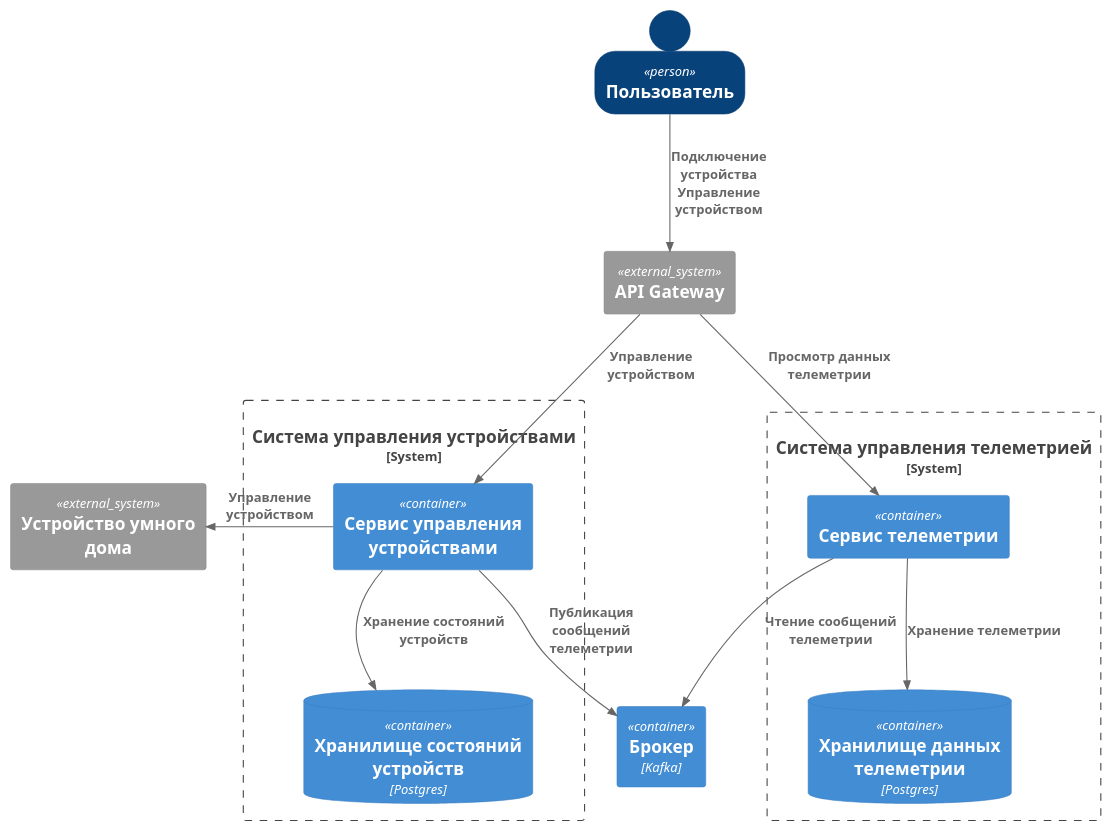
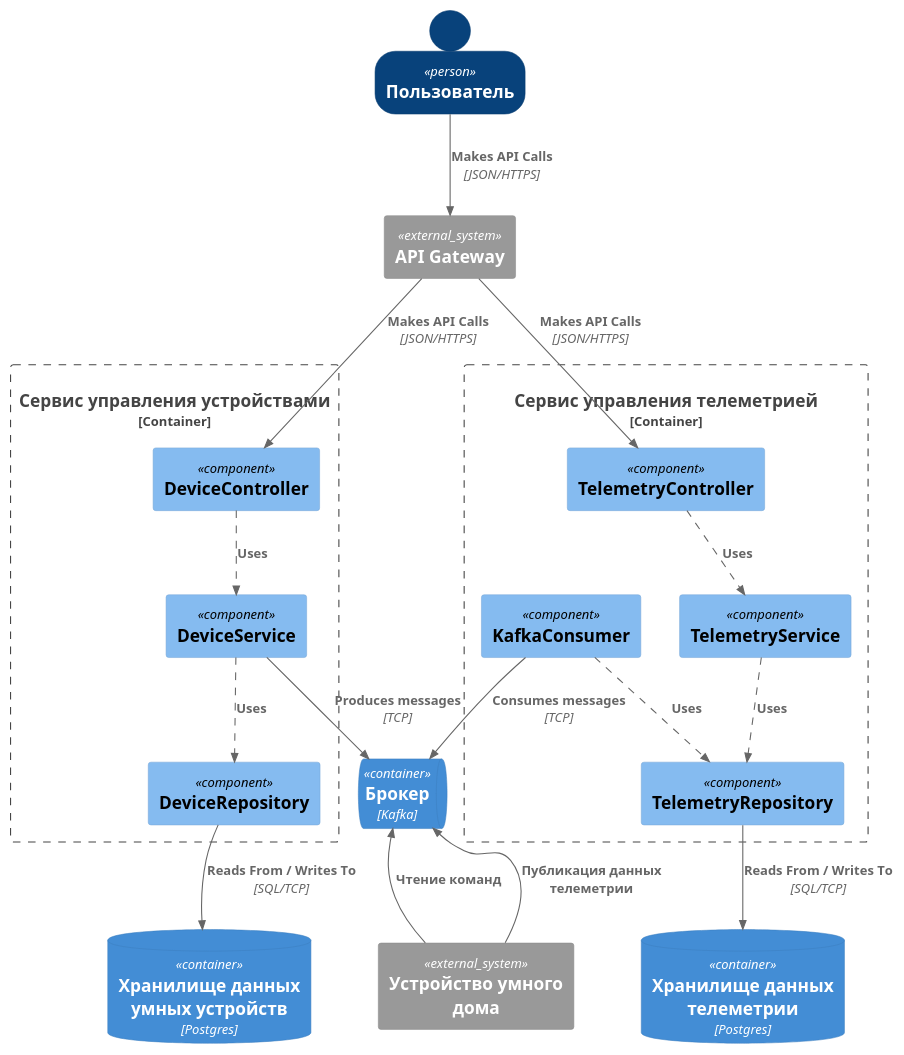
The diagram in docs/Task1.2_C3.puml (Prifiz/yandex-architecture-sprint-3), drawn with PlantUML before and after one commit. The commit also changed 61 other files, not shown here.

```diff
--- a/docs/Task1.2_C3.puml
+++ b/docs/Task1.2_C3.puml
@@ -1,38 +1,65 @@
 @startuml
 
-!include C4_Container.puml
+!include C4_Component.puml
 
 SHOW_PERSON_OUTLINE()
 LAYOUT_TOP_DOWN()
 
 Person(user, "Пользователь")
 
-System_Boundary(deviceMgmtSystem, "Система управления устройствами") {
-    Container(deviceMgr, "Сервис управления устройствами")
-    ContainerDb(deviceMgrDb, $techn="Postgres", "Хранилище состояний устройств")
-}
+AddRelTag("component", $lineStyle = DashedLine())
 
-System_Boundary(telemetryMgmtSystem, "Система управления телеметрией") {
-    Container(telemetryMgr, "Сервис телеметрии")
-    ContainerDb(telemetryDb, $techn="Postgres", "Хранилище данных телеметрии")
+ContainerQueue(broker, "Брокер", "Kafka")
+
+Container_Boundary(deviceMgmtSystem, "Сервис управления устройствами") {
+'    Container(deviceMgr, "Сервис управления устройствами")
+
+    Component(deviceController, "DeviceController")
+
+    Component(deviceService, "DeviceService")
+
+    Component(deviceRepository, "DeviceRepository")
+    Rel(deviceController, deviceService, "Uses", $tags="component")
+    Rel(deviceService, deviceRepository, "Uses", $tags="component")
 }
 
 System_Ext(device, "Устройство умного дома")
+Rel_U(device, broker, "Публикация данных телеметрии")
+Rel_U(device, broker, "Чтение команд")
+
+
+ContainerDb(deviceMgrDb, $techn="Postgres", "Хранилище данных умных устройств")
+ContainerDb(telemetryDb, $techn="Postgres", "Хранилище данных телеметрии")
+
+Container_Boundary(telemetryMgmtSystem, "Сервис управления телеметрией") {
+
+    Component(telemetryController, "TelemetryController")
+    Component(telemetryService, "TelemetryService")
+    Component(telemetryRepository, "TelemetryRepository")
+    Component(kafkaConsumer, "KafkaConsumer")
+    Rel(telemetryController, telemetryService, "Uses", $tags="component")
+    Rel(kafkaConsumer, telemetryRepository, "Uses", $tags="component")
+    Rel(telemetryService, telemetryRepository, "Uses", $tags="component")
+    Rel(kafkaConsumer, broker, "Consumes messages", "TCP")
+    Rel(telemetryRepository, telemetryDb, "Reads From / Writes To", "SQL/TCP")
+}
+
+
+
 System_Ext(gateway, "API Gateway")
 
-Rel(user, gateway, "Подключение устройства\nУправление устройством")
-Rel(gateway, deviceMgr, "Управление устройством")
-Rel(gateway, telemetryMgr, "Просмотр данных телеметрии")
-
-Container(broker, "Брокер", "Kafka")
+Rel(user, gateway, "Makes API Calls", "JSON/HTTPS")
+Rel(gateway, deviceController, "Makes API Calls", "JSON/HTTPS")
+Rel(gateway, telemetryController, "Makes API Calls", "JSON/HTTPS")
 
 
-Rel_L(deviceMgr, device, "Управление устройством")
-Rel(deviceMgr, broker, "Публикация сообщений телеметрии")
-Rel(deviceMgr, deviceMgrDb, "Хранение состояний устройств")
 
-Rel(telemetryMgr, broker, "Чтение сообщений телеметрии")
 
-Rel(telemetryMgr, telemetryDb, "Хранение телеметрии")
+'Rel_L(deviceCommandService, device, "Управление устройством")
+Rel(deviceService, broker, "Produces messages", "TCP")
+Rel(deviceRepository, deviceMgrDb, "Reads From / Writes To", "SQL/TCP")
+
+
+
 
 @enduml
```
